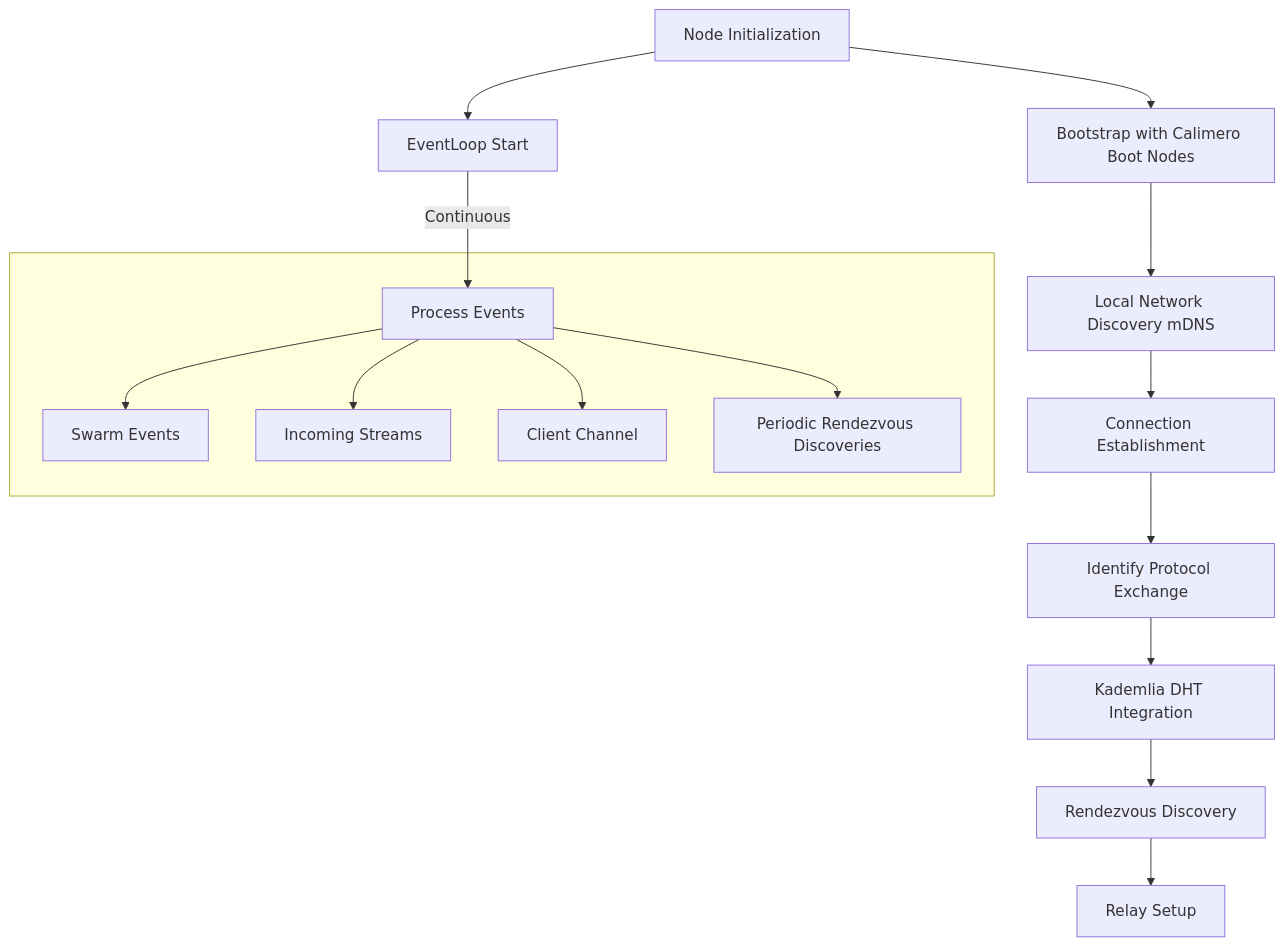
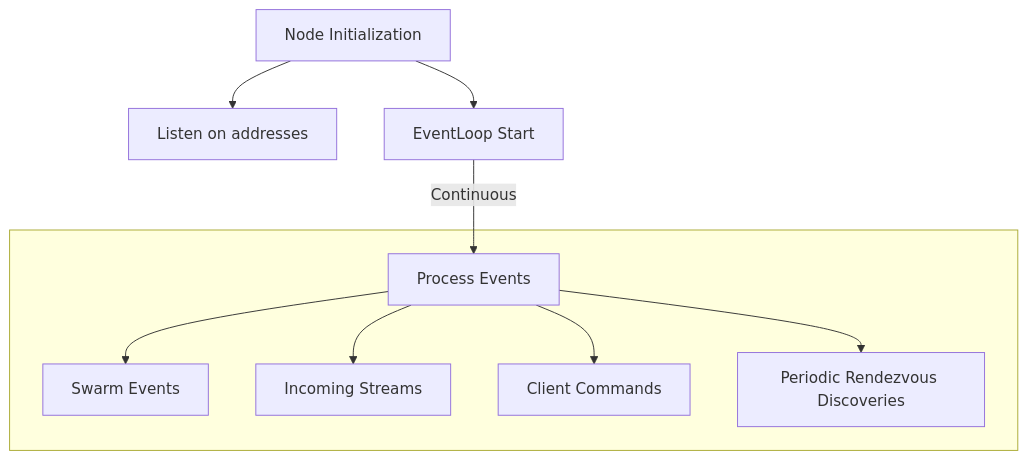
One commit to calimero-network/core changed the first of 3 diagrams in crates/network/README.md. Above: the diagram before and after it, drawn with Mermaid. The commit also changed other lines of this file, not shown here.

````diff
--- a/crates/network/README.md
+++ b/crates/network/README.md
@@ -247,20 +54,21 @@
 ```mermaid
 graph TD
-    A[Node Initialization] --> B[Bootstrap with Calimero Boot Nodes]
-    A --> C[EventLoop Start]
-    C -->|Continuous| D[Process Events]
-    B --> E[Local Network Discovery mDNS]
-    E --> F[Connection Establishment]
-    F --> G[Identify Protocol Exchange]
-    G --> H[Kademlia DHT Integration]
-    H --> I[Rendezvous Discovery]
-    I --> J[Relay Setup]
 
-    
-    subgraph " "
-        D --> N[Swarm Events]
-        D --> O[Incoming Streams]
-        D --> P[Client Channel]
-        D --> Q[Periodic Rendezvous Discoveries]
-    end
+A[Node Initialization] --> B[Listen on addresses]
+
+A --> C[EventLoop Start]
+
+C -->|Continuous| D[Process Events]
+
+subgraph " "
+
+D --> N[Swarm Events]
+
+D --> O[Incoming Streams]
+
+D --> P[Client Commands]
+
+D --> Q[Periodic Rendezvous Discoveries]
+
+end
 ```
````
